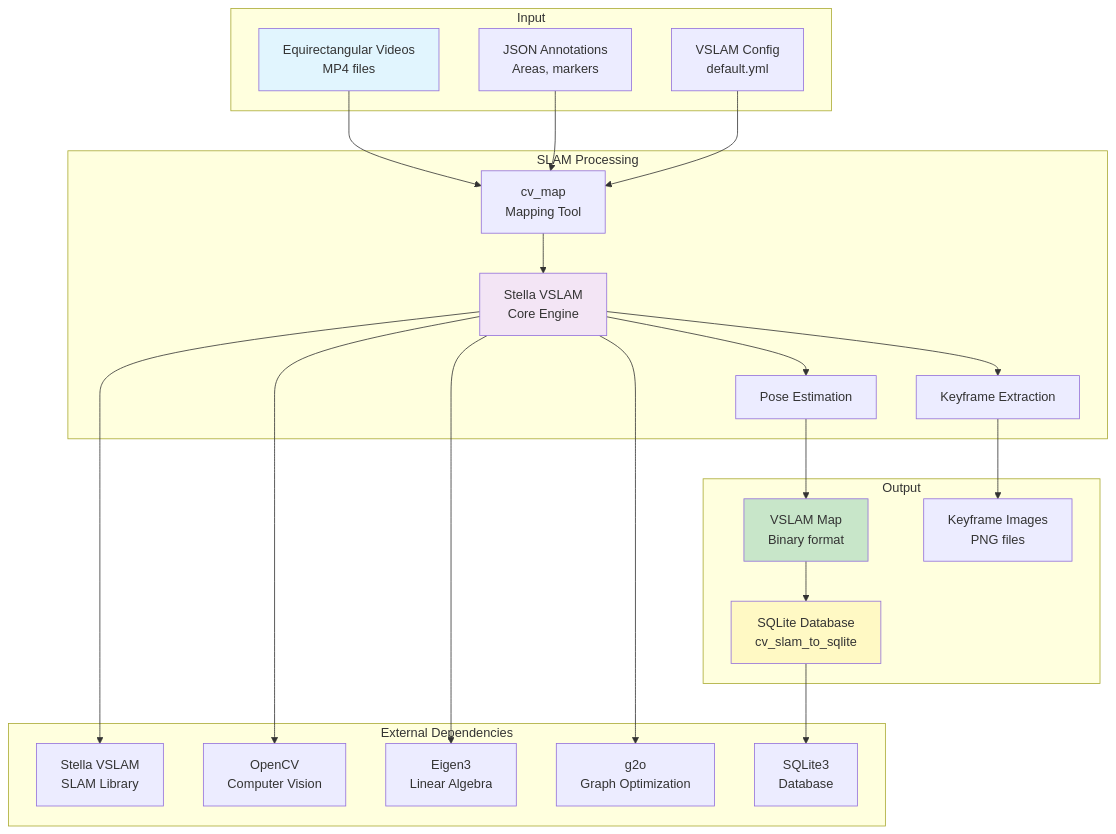
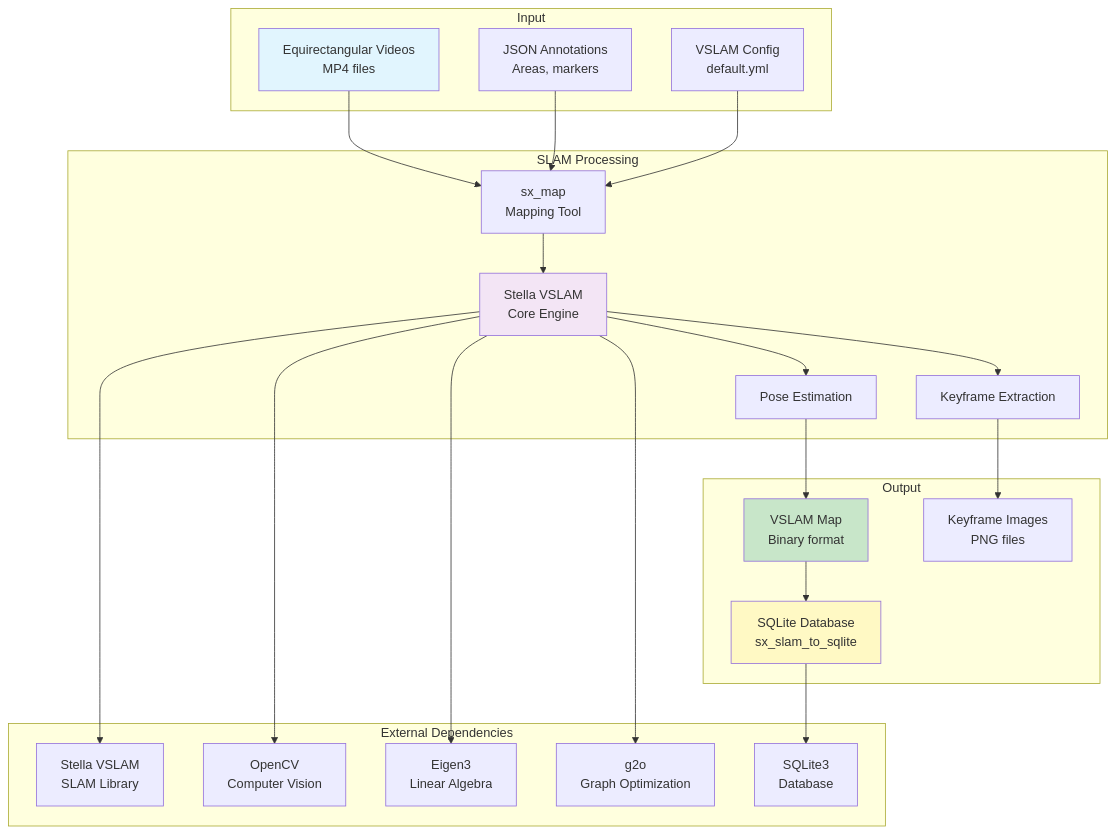
One commit to Skwangles/AT-bus-tracker changed the diagram in Apps/SLAM/README.md. Above: the diagram before and after it, drawn with Mermaid. The commit also changed other lines of this file and 44 other files, not shown here.

````diff
--- a/Apps/SLAM/README.md
+++ b/Apps/SLAM/README.md
@@ -77,49 +77,49 @@
 ```mermaid
 graph TB
     subgraph "Input"
         A[Equirectangular Videos<br/>MP4 files]
         B[JSON Annotations<br/>Areas, markers]
         C[VSLAM Config<br/>default.yml]
     end
     
     subgraph "SLAM Processing"
-        D[cv_map<br/>Mapping Tool]
+        D[sx_map<br/>Mapping Tool]
         E[Stella VSLAM<br/>Core Engine]
         F[Keyframe Extraction]
         G[Pose Estimation]
     end
     
     subgraph "Output"
         H[VSLAM Map<br/>Binary format]
         I[Keyframe Images<br/>PNG files]
-        J[SQLite Database<br/>cv_slam_to_sqlite]
+        J[SQLite Database<br/>sx_slam_to_sqlite]
     end
     
     subgraph "External Dependencies"
         K[Stella VSLAM<br/>SLAM Library]
         L[OpenCV<br/>Computer Vision]
         M[Eigen3<br/>Linear Algebra]
         N[g2o<br/>Graph Optimization]
         O[SQLite3<br/>Database]
     end
     
     A --> D
     B --> D
     C --> D
     D --> E
     E --> F
     E --> G
     F --> I
     G --> H
     H --> J
     E --> K
     E --> L
     E --> M
     E --> N
     J --> O
     
     style A fill:#e1f5fe
     style E fill:#f3e5f5
     style H fill:#c8e6c9
     style J fill:#fff9c4
 ```
````
